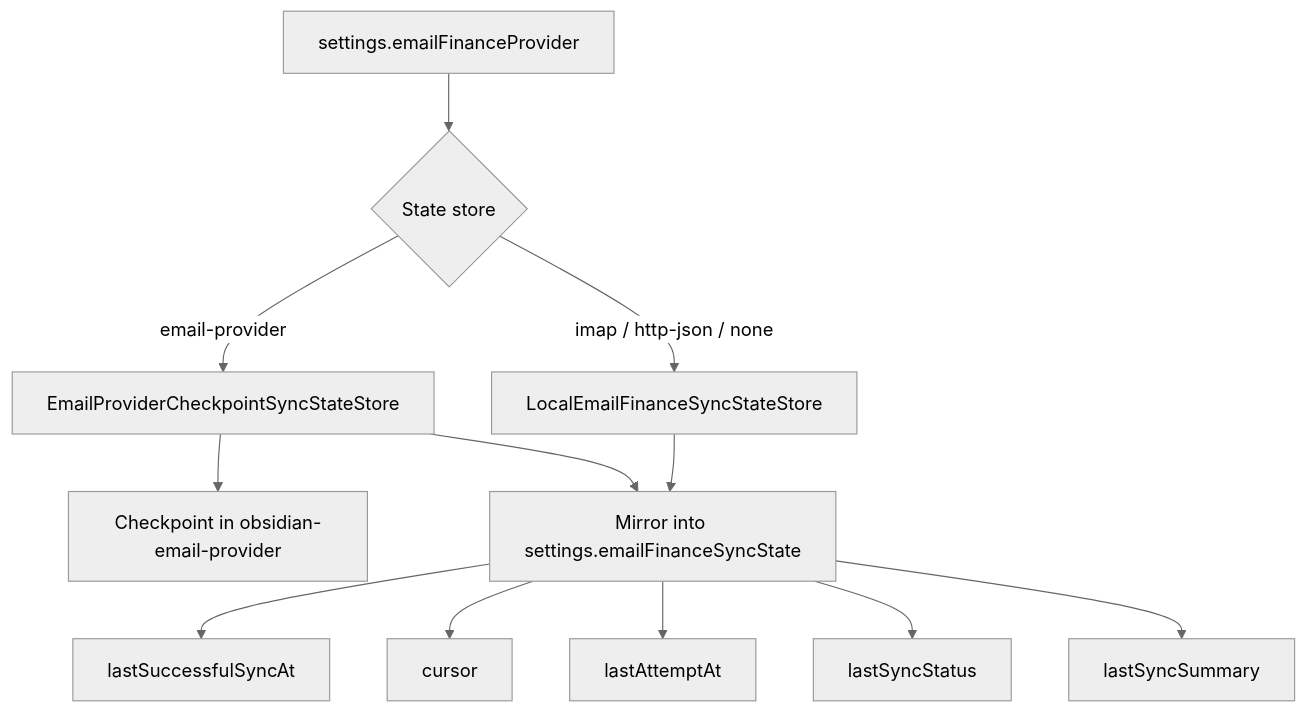
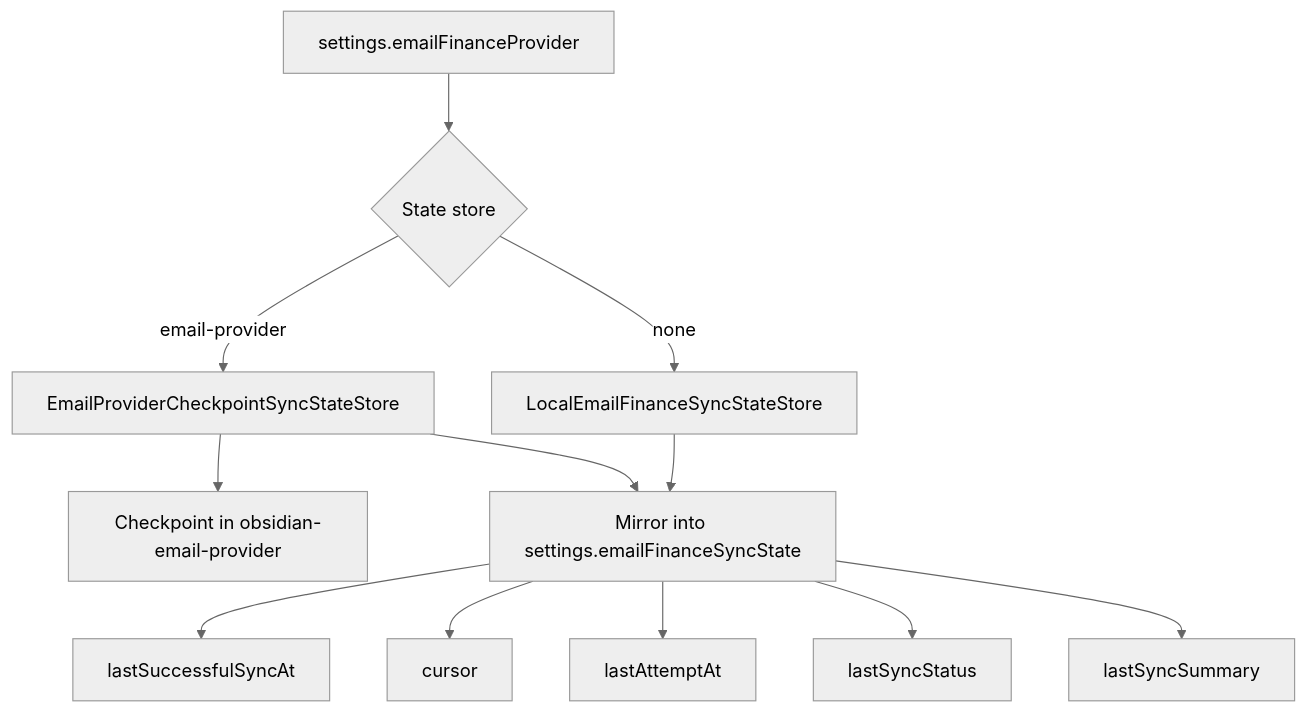
One commit to Xoanis/obsidian-expense-manager changed diagram 13 of 14 in docs/email-finance-intake-architecture.md. Above: the diagram before and after it, drawn with Mermaid (neutral theme). The commit also changed other lines of this file and 11 other files, not shown here.

````diff
--- a/docs/email-finance-intake-architecture.md
+++ b/docs/email-finance-intake-architecture.md
@@ -750,16 +711,16 @@
 ```mermaid
 flowchart TD
     ProviderKind["settings.emailFinanceProvider"] --> Branch{"State store"}
     Branch -->|"email-provider"| ProviderStore["EmailProviderCheckpointSyncStateStore"]
-    Branch -->|"imap / http-json / none"| LocalStore["LocalEmailFinanceSyncStateStore"]
+    Branch -->|"none"| LocalStore["LocalEmailFinanceSyncStateStore"]
 
     ProviderStore --> ProviderCheckpoint["Checkpoint in obsidian-email-provider"]
     ProviderStore --> Mirror["Mirror into settings.emailFinanceSyncState"]
     LocalStore --> Mirror
 
     Mirror --> LastSuccess["lastSuccessfulSyncAt"]
     Mirror --> Cursor["cursor"]
     Mirror --> LastAttempt["lastAttemptAt"]
     Mirror --> Status["lastSyncStatus"]
     Mirror --> Summary["lastSyncSummary"]
 ```
````
